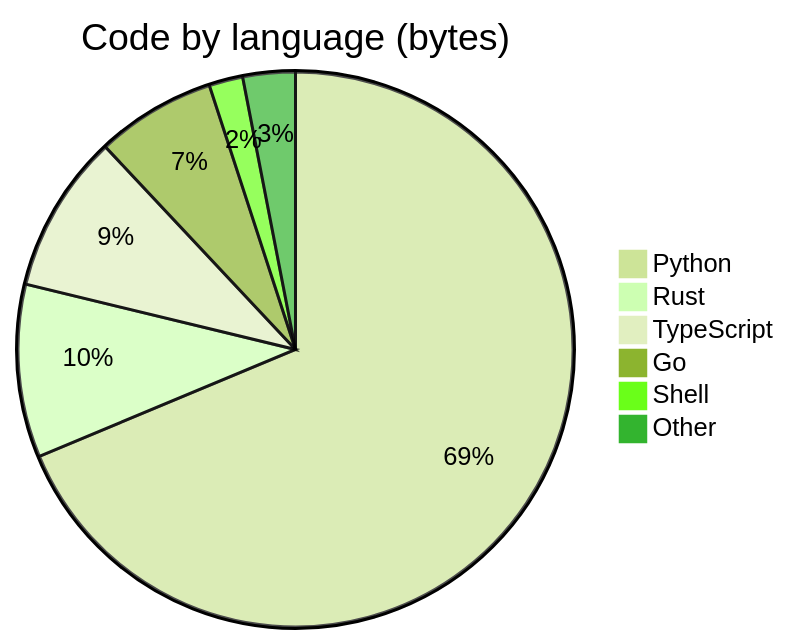
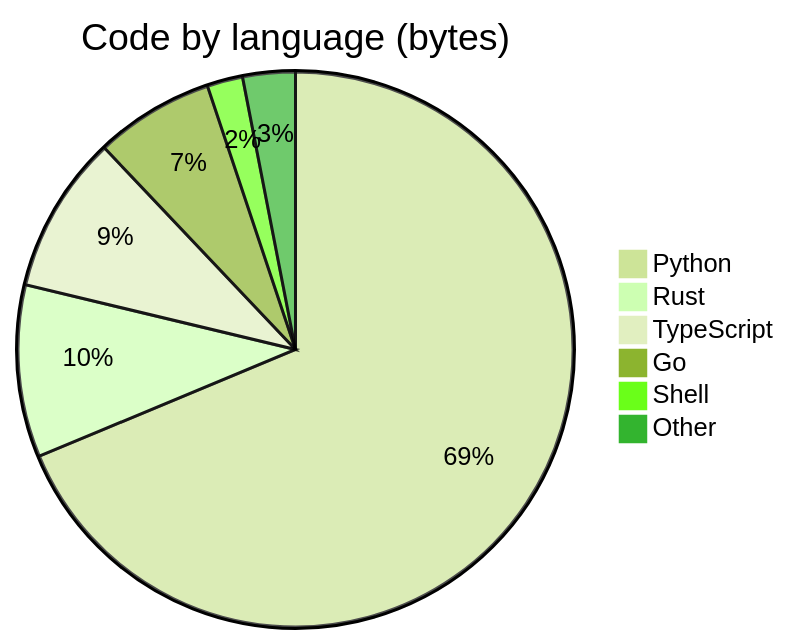
One commit to adeoluo/adeoluo changed the third of 3 diagrams in README.md. Above: the diagram before and after it, drawn with Mermaid (forest theme). The commit also changed other lines of this file, not shown here.

````diff
--- a/README.md
+++ b/README.md
@@ -256,10 +282,10 @@
 ```mermaid
 pie
   title Code by language (bytes)
-  "Python" : 2551076
+  "Python" : 2563884
   "Rust" : 374068
   "TypeScript" : 342399
   "Go" : 258975
-  "Shell" : 73015
-  "Other" : 113227
+  "Shell" : 77398
+  "Other" : 114025
 ```
````
